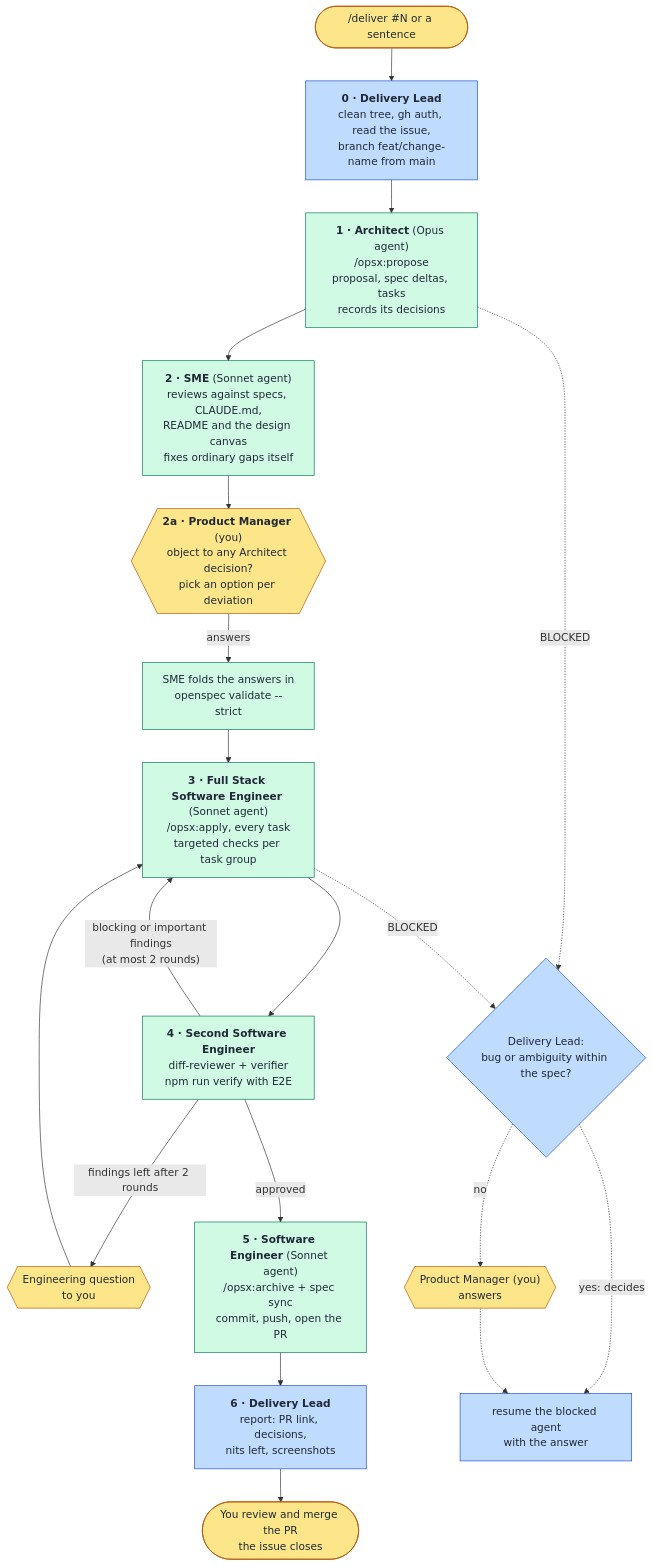
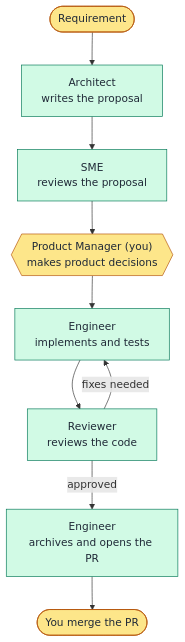
Before and after one commit to norkos/my-fitness: the diagram in agentic-SDLC.md, drawn with Mermaid. The commit also changed other lines of this file, not shown here.

Commit message:
Simplify the /deliver flowchart

````diff
--- a/agentic-SDLC.md
+++ b/agentic-SDLC.md
@@ -66,45 +66,16 @@
 ```mermaid
 flowchart TD
-    REQ(["/deliver #N or a sentence"]) --> S0
-
-    S0["<b>0 · Delivery Lead</b><br/>clean tree, gh auth, read the issue,<br/>branch feat/change-name from main"]
-    S0 --> S1
-
-    S1["<b>1 · Architect</b> (Opus agent)<br/>/opsx:propose<br/>proposal, spec deltas, tasks<br/>records its decisions"]
-    S1 --> S2
-
-    S2["<b>2 · SME</b> (Sonnet agent)<br/>reviews against specs, CLAUDE.md,<br/>README and the design canvas<br/>fixes ordinary gaps itself"]
-    S2 --> S2A
-
-    S2A{{"<b>2a · Product Manager</b> (you)<br/>object to any Architect decision?<br/>pick an option per deviation"}}
-    S2A -->|"answers"| FOLD["SME folds the answers in<br/>openspec validate --strict"]
-    FOLD --> S3
-
-    S3["<b>3 · Full Stack Software Engineer</b> (Sonnet agent)<br/>/opsx:apply, every task<br/>targeted checks per task group"]
-    S3 --> S4
-
-    S4["<b>4 · Second Software Engineer</b><br/>diff-reviewer + verifier<br/>npm run verify with E2E"]
-    S4 -->|"blocking or important findings<br/>(at most 2 rounds)"| S3
-    S4 -->|"findings left after 2 rounds"| ENG{{"Engineering question<br/>to you"}}
-    ENG --> S3
-    S4 -->|"approved"| S5
-
-    S5["<b>5 · Software Engineer</b> (Sonnet agent)<br/>/opsx:archive + spec sync<br/>commit, push, open the PR"]
-    S5 --> S6
-
-    S6["<b>6 · Delivery Lead</b><br/>report: PR link, decisions,<br/>nits left, screenshots"]
-    S6 --> MERGE(["You review and merge the PR<br/>the issue closes"])
-
-    S1 -.->|"BLOCKED"| DL{"Delivery Lead:<br/>bug or ambiguity within the spec?"}
-    S3 -.->|"BLOCKED"| DL
-    DL -.->|"yes: decides"| RESUME["resume the blocked agent<br/>with the answer"]
-    DL -.->|"no"| ASK{{"Product Manager (you)<br/>answers"}}
-    ASK -.-> RESUME
+    REQ(["Requirement"]) --> A["Architect<br/>writes the proposal"]
+    A --> S["SME<br/>reviews the proposal"]
+    S --> PM{{"Product Manager (you)<br/>makes product decisions"}}
+    PM --> E["Engineer<br/>implements and tests"]
+    E --> R["Reviewer<br/>reviews the code"]
+    R -->|"fixes needed"| E
+    R -->|"approved"| P["Engineer<br/>archives and opens the PR"]
+    P --> M(["You merge the PR"])
 
     classDef you fill:#fde68a,stroke:#b45309,color:#1f2937
-    classDef lead fill:#bfdbfe,stroke:#1d4ed8,color:#1f2937
     classDef agent fill:#d1fae5,stroke:#047857,color:#1f2937
-    class REQ,S2A,ENG,ASK,MERGE you
-    class S0,S6,DL,RESUME lead
-    class S1,S2,FOLD,S3,S4,S5 agent
+    class REQ,PM,M you
+    class A,S,E,R,P agent
 ```
````
